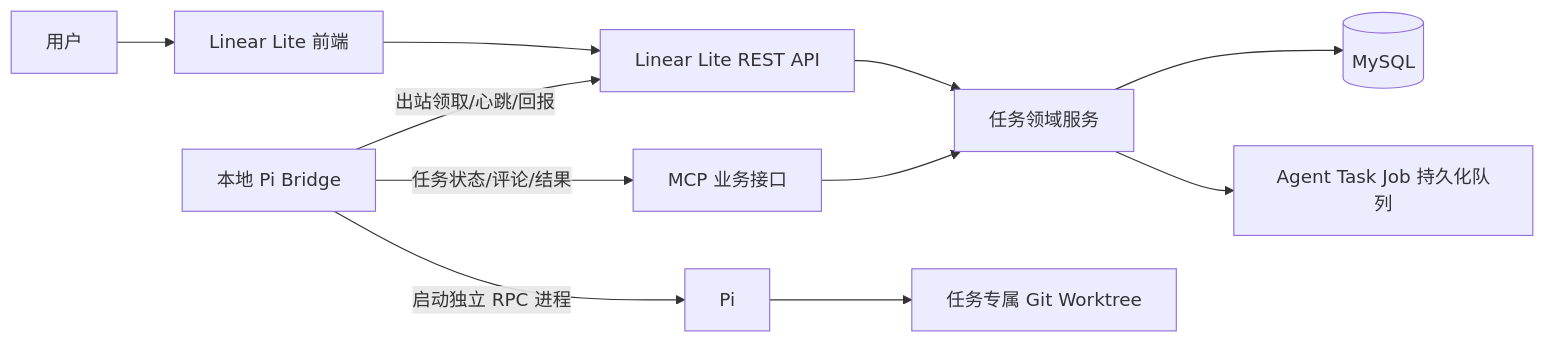
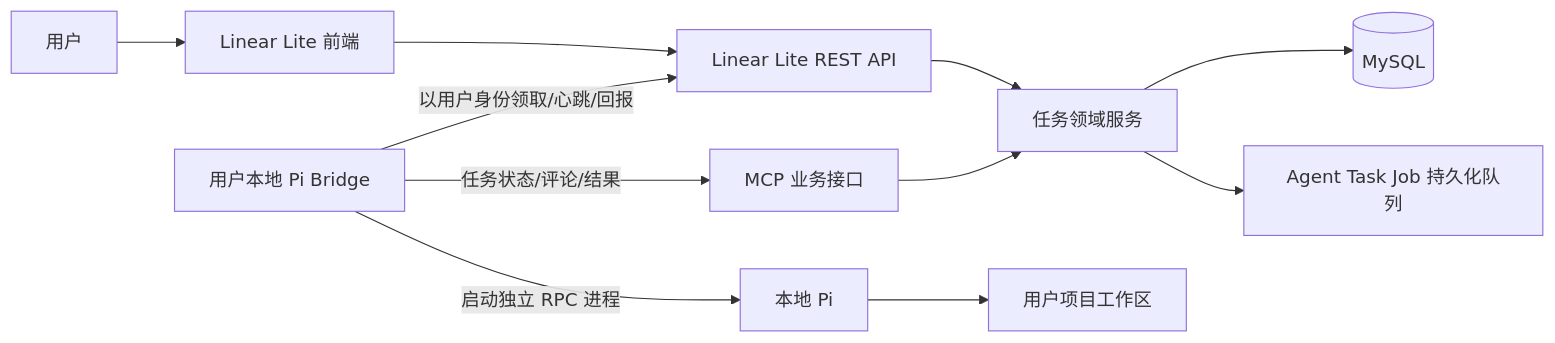
Before and after one commit to hzwjs/linear-lite: the first of 2 diagrams in docs/linear-lite-pi-integration-plan.md, drawn with Mermaid. The commit also changed other lines of this file and 38 other files, not shown here.

````diff
--- a/docs/linear-lite-pi-integration-plan.md
+++ b/docs/linear-lite-pi-integration-plan.md
@@ -20,13 +21,13 @@
 ```mermaid
 flowchart LR
     U[用户] --> F[Linear Lite 前端]
     F --> A[Linear Lite REST API]
     A --> T[任务领域服务]
     T --> DB[(MySQL)]
     T --> Q[Agent Task Job 持久化队列]
-    B[本地 Pi Bridge] -->|出站领取/心跳/回报| A
-    B -->|启动独立 RPC 进程| P[Pi]
-    P --> W[任务专属 Git Worktree]
+    B[用户本地 Pi Bridge] -->|以用户身份领取/心跳/回报| A
+    B -->|启动独立 RPC 进程| P[本地 Pi]
+    P --> W[用户项目工作区]
     B -->|任务状态/评论/结果| M[MCP 业务接口]
     M --> T
 ```
````
